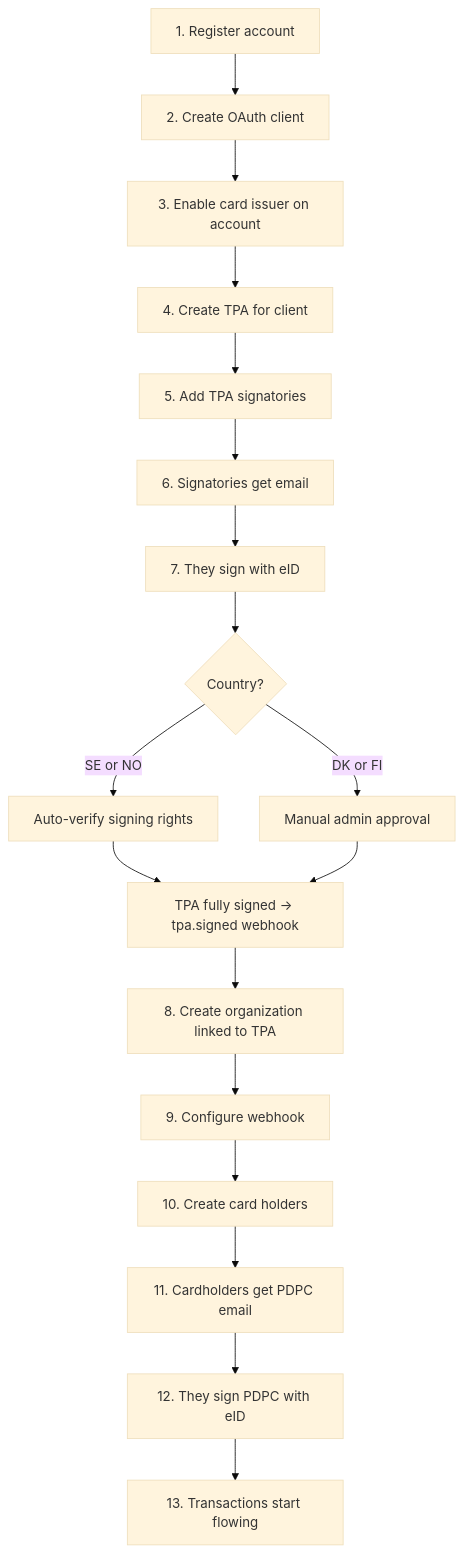
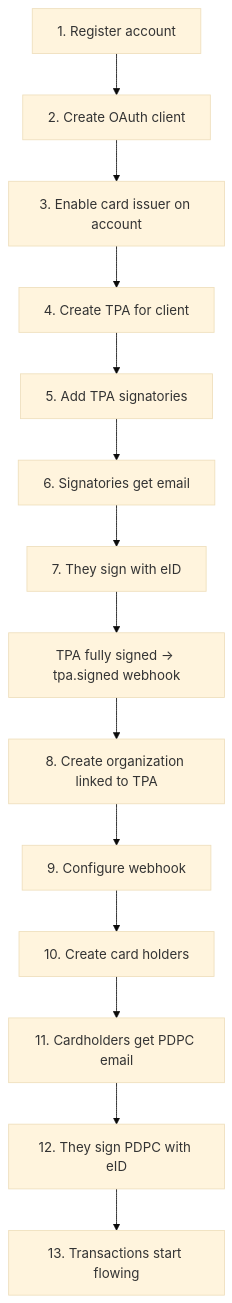
Before and after one commit to marc-opencard/developers.opencard.io: the diagram in introduction/how-it-works.mdx, drawn with Mermaid (base theme). The commit also changed other lines of this file and 11 other files, not shown here.

````diff
--- a/introduction/how-it-works.mdx
+++ b/introduction/how-it-works.mdx
@@ -40,20 +40,16 @@
 ```mermaid
 flowchart TD
     A[1. Register account] --> B[2. Create OAuth client]
     B --> C[3. Enable card issuer on account]
     C --> D[4. Create TPA for client]
     D --> E[5. Add TPA signatories]
     E --> F[6. Signatories get email]
     F --> G[7. They sign with eID]
-    G --> H{Country?}
-    H -->|SE or NO| I[Auto-verify signing rights]
-    H -->|DK or FI| J[Manual admin approval]
-    I --> K[TPA fully signed → tpa.signed webhook]
-    J --> K
+    G --> K[TPA fully signed → tpa.signed webhook]
     K --> L[8. Create organization linked to TPA]
     L --> M[9. Configure webhook]
     M --> N[10. Create card holders]
     N --> O[11. Cardholders get PDPC email]
     O --> P[12. They sign PDPC with eID]
     P --> Q[13. Transactions start flowing]
 ```
````
